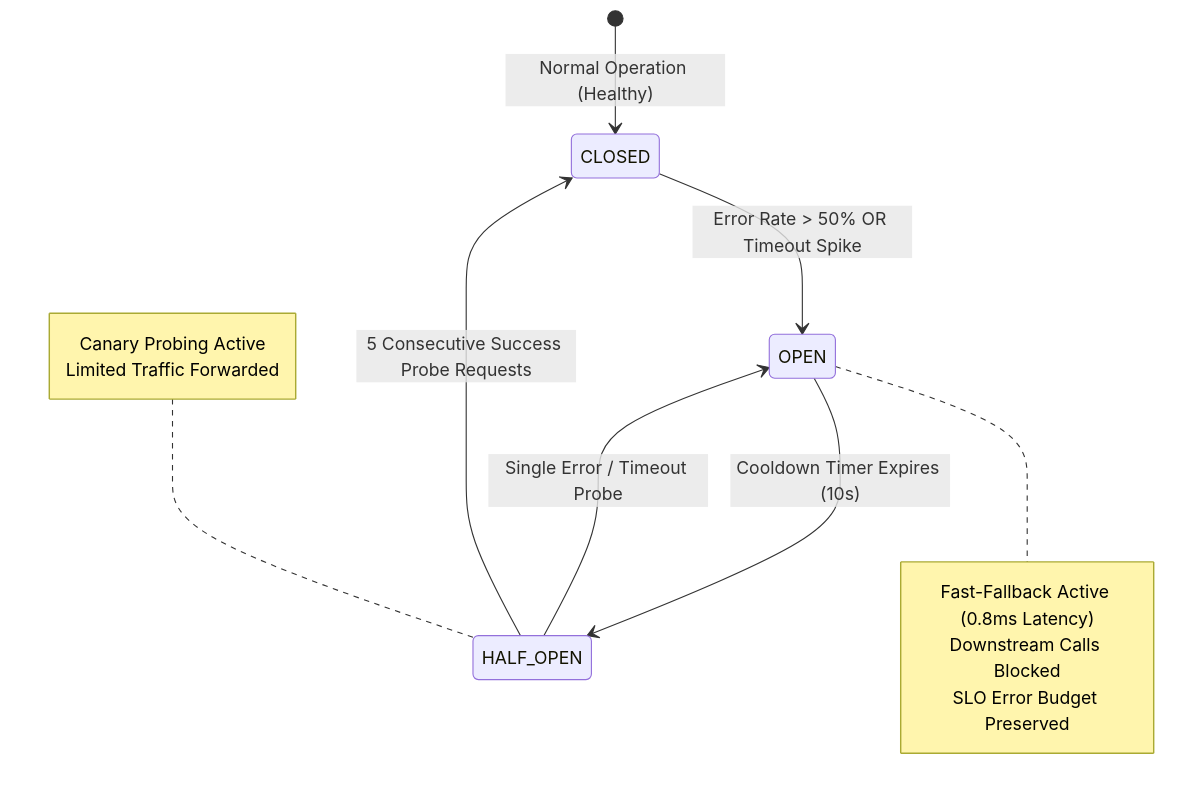
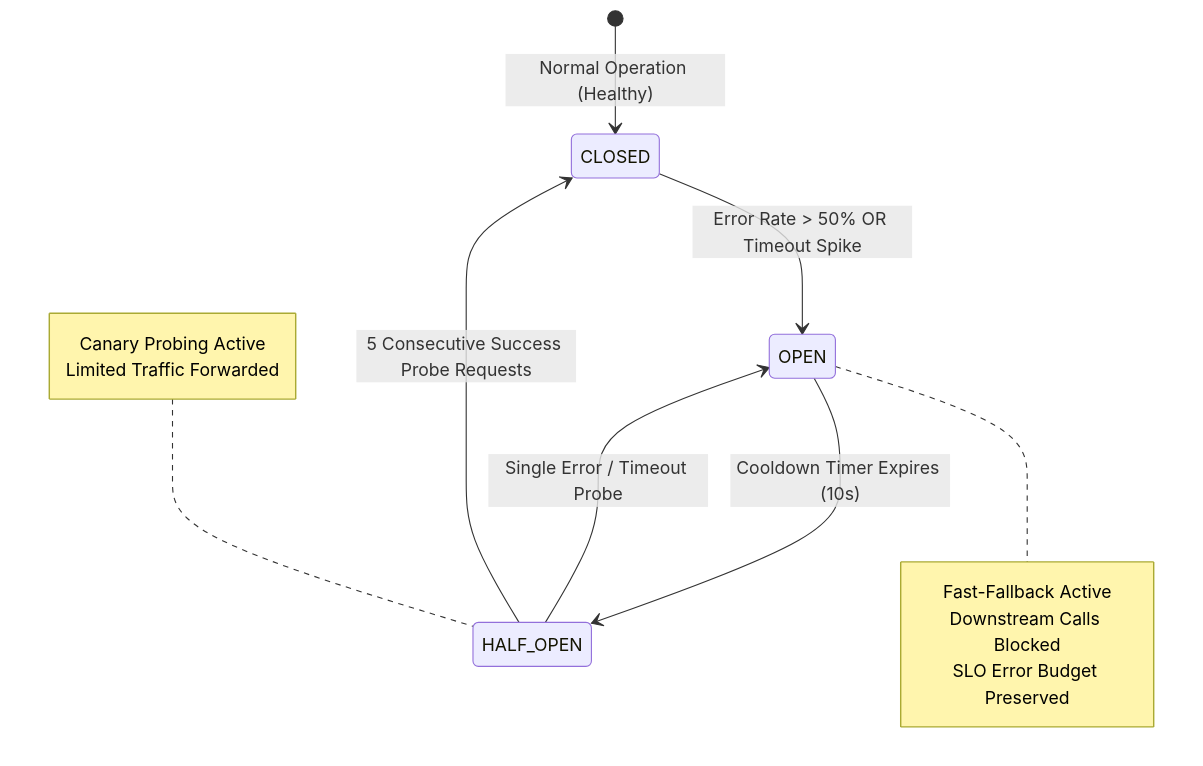
The first of 2 diagrams in README.md (harsharajkumar-273/API-gateway), drawn with Mermaid before and after one commit. The commit also changed other lines of this file, not shown here.

````diff
--- a/README.md
+++ b/README.md
@@ -79,21 +81,21 @@
 ```mermaid
 stateDiagram-v2
     [*] --> CLOSED: Normal Operation (Healthy)
     
     CLOSED --> OPEN: Error Rate > 50% OR Timeout Spike
     note right of OPEN
-        Fast-Fallback Active (0.8ms Latency)
+        Fast-Fallback Active
         Downstream Calls Blocked
         SLO Error Budget Preserved
     end note
     
     OPEN --> HALF_OPEN: Cooldown Timer Expires (10s)
     
     HALF_OPEN --> CLOSED: 5 Consecutive Success Probe Requests
     HALF_OPEN --> OPEN: Single Error / Timeout Probe
     
     note left of HALF_OPEN
         Canary Probing Active
         Limited Traffic Forwarded
     end note
 ```
````
